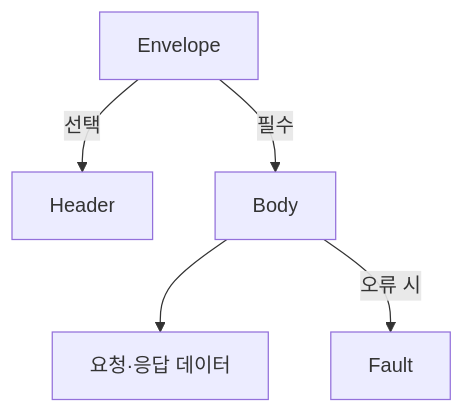
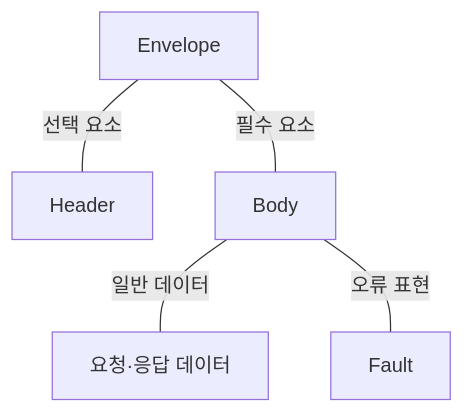
Before and after one commit to agnusdei1207/study: the first of 3 diagrams in src/content/docs/notes/itpe/02-software-engineering/037_soap.md, drawn with Mermaid. The commit also changed other lines of this file and 3 other files, not shown here.

````diff
--- a/src/content/docs/notes/itpe/02-software-engineering/037_soap.md
+++ b/src/content/docs/notes/itpe/02-software-engineering/037_soap.md
@@ -53,7 +55,7 @@
 ```mermaid
 flowchart TB
-    ENV["Envelope"] -->|"선택"| HDR["Header"]
-    ENV -->|"필수"| BODY["Body"]
-    BODY --> PAY["요청·응답 데이터"]
-    BODY -->|"오류 시"| FAULT["Fault"]
+ENV["Envelope"] ---|"선택 요소"| HDR["Header"]
+ENV ---|"필수 요소"| BODY["Body"]
+BODY ---|"일반 데이터"| PAY["요청·응답 데이터"]
+BODY ---|"오류 표현"| FAULT["Fault"]
 ```
````
